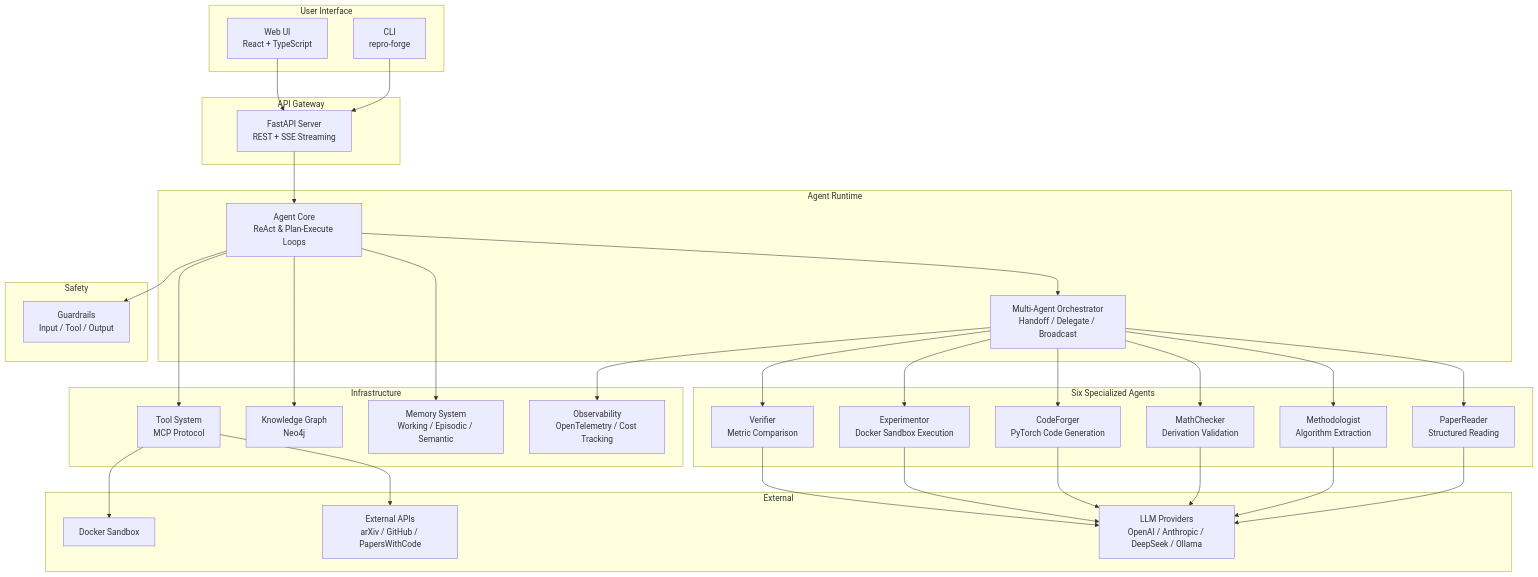
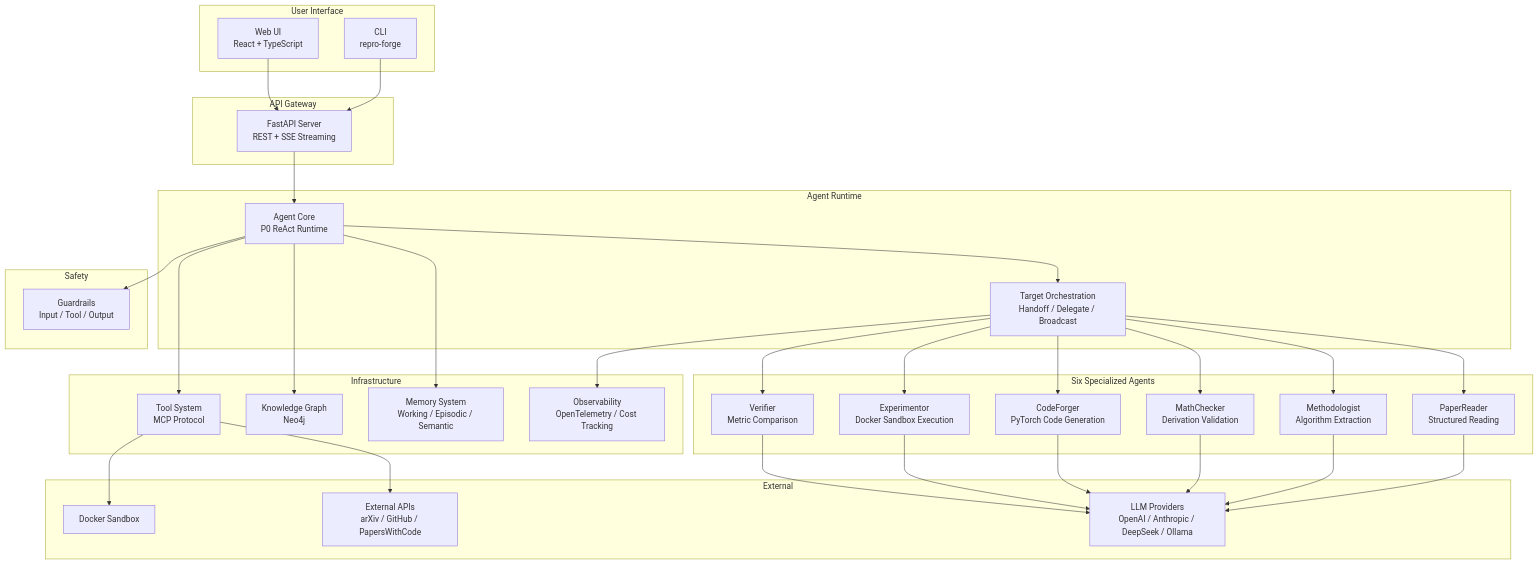
One commit to selfrestart/26Summer changed the diagram in repro-forge/docs/ARCHITECTURE.md. Above: the diagram before and after it, drawn with Mermaid. The commit also changed other lines of this file and 44 other files, not shown here.

````diff
--- a/repro-forge/docs/ARCHITECTURE.md
+++ b/repro-forge/docs/ARCHITECTURE.md
@@ -39,53 +53,53 @@
 ```mermaid
 graph TB
     subgraph "User Interface"
         WEB[Web UI<br/>React + TypeScript]
         CLI[CLI<br/>repro-forge]
     end
 
     subgraph "API Gateway"
         API[FastAPI Server<br/>REST + SSE Streaming]
     end
 
     subgraph "Agent Runtime"
-        CORE[Agent Core<br/>ReAct & Plan-Execute Loops]
-        MA[Multi-Agent Orchestrator<br/>Handoff / Delegate / Broadcast]
+        CORE[Agent Core<br/>P0 ReAct Runtime]
+        MA[Target Orchestration<br/>Handoff / Delegate / Broadcast]
     end
 
     subgraph "Six Specialized Agents"
         PR[PaperReader<br/>Structured Reading]
         MT[Methodologist<br/>Algorithm Extraction]
         MC[MathChecker<br/>Derivation Validation]
         CF[CodeForger<br/>PyTorch Code Generation]
         EX[Experimentor<br/>Docker Sandbox Execution]
         VF[Verifier<br/>Metric Comparison]
     end
 
     subgraph "Infrastructure"
         MEM[Memory System<br/>Working / Episodic / Semantic]
         KG[Knowledge Graph<br/>Neo4j]
         TOOLS[Tool System<br/>MCP Protocol]
         OBS[Observability<br/>OpenTelemetry / Cost Tracking]
     end
 
     subgraph "Safety"
         GRL[Guardrails<br/>Input / Tool / Output]
     end
 
     subgraph "External"
         LLM[LLM Providers<br/>OpenAI / Anthropic / DeepSeek / Ollama]
         EXT[External APIs<br/>arXiv / GitHub / PapersWithCode]
         DOCKER[Docker Sandbox]
     end
 
     WEB --> API
     CLI --> API
     API --> CORE
     CORE --> MA
     MA --> PR & MT & MC & CF & EX & VF
     PR & MT & MC & CF & EX & VF --> LLM
     TOOLS --> EXT & DOCKER
     CORE --> MEM & KG & TOOLS
     CORE --> GRL
     MA --> OBS
 ```
````
